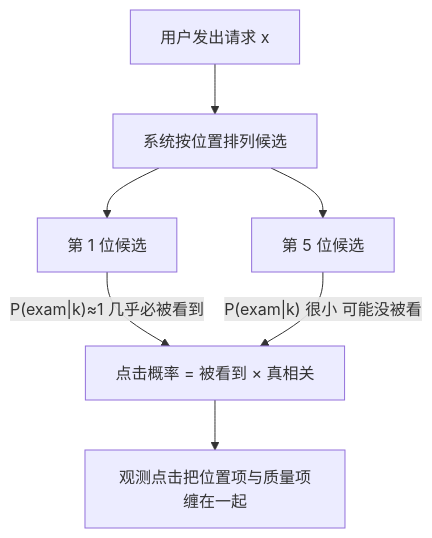
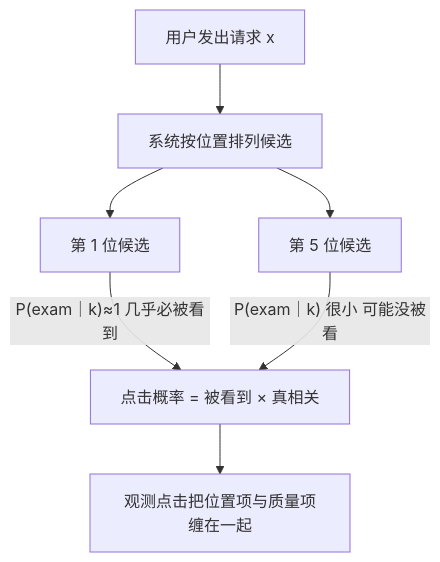
The second of 2 diagrams in docs/llm/implicit-feedback-prefs.md (xhongduo-tech/xhongduo-tech.github.io), drawn with Mermaid before and after one commit. The commit also changed 291 other files, not shown here.

Commit message:
Normalize lesson titles to tree names and repair mermaid arrow/quote syntax site-wide.

````diff
--- a/docs/llm/implicit-feedback-prefs.md
+++ b/docs/llm/implicit-feedback-prefs.md
@@ -57,9 +57,9 @@
 ```mermaid
 flowchart TD
   Q["用户发出请求 x"] --> LIST["系统按位置排列候选"]
   LIST --> K1["第 1 位候选"]
   LIST --> K5["第 5 位候选"]
-  K1 -->|"P(exam|k)≈1 几乎必被看到"| REL["点击概率 = 被看到 × 真相关"]
-  K5 -->|"P(exam|k) 很小 可能没被看"| REL
+  K1 -->|"P(exam｜k)≈1 几乎必被看到"| REL["点击概率 = 被看到 × 真相关"]
+  K5 -->|"P(exam｜k) 很小 可能没被看"| REL
   REL --> OBS["观测点击把位置项与质量项缠在一起"]
 ```
````
